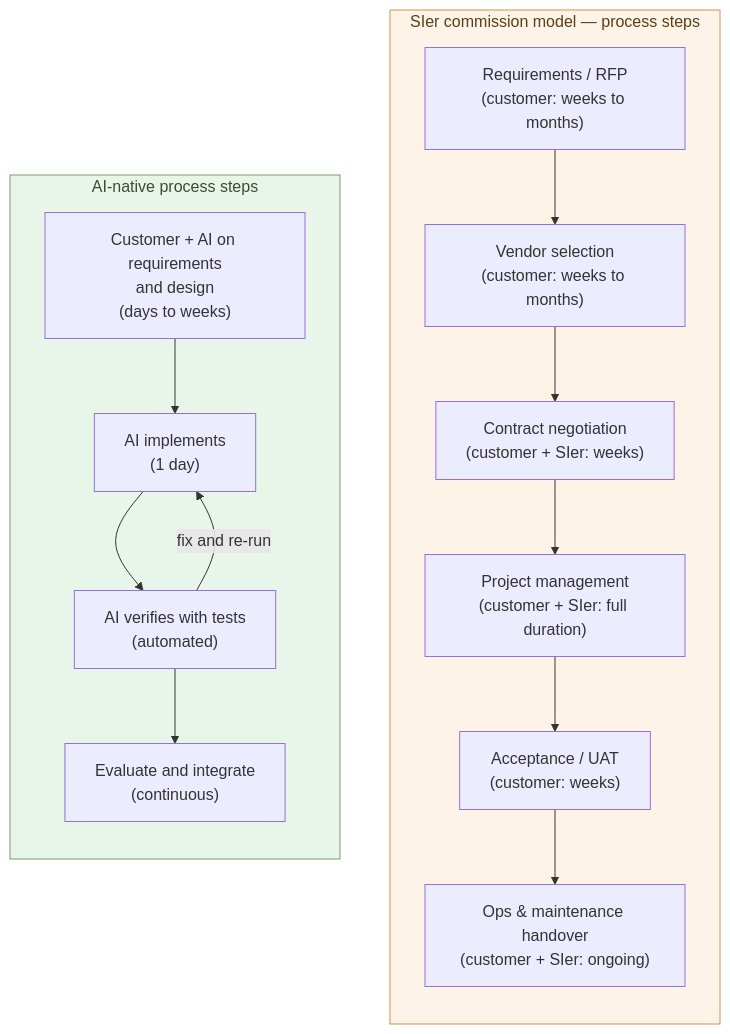
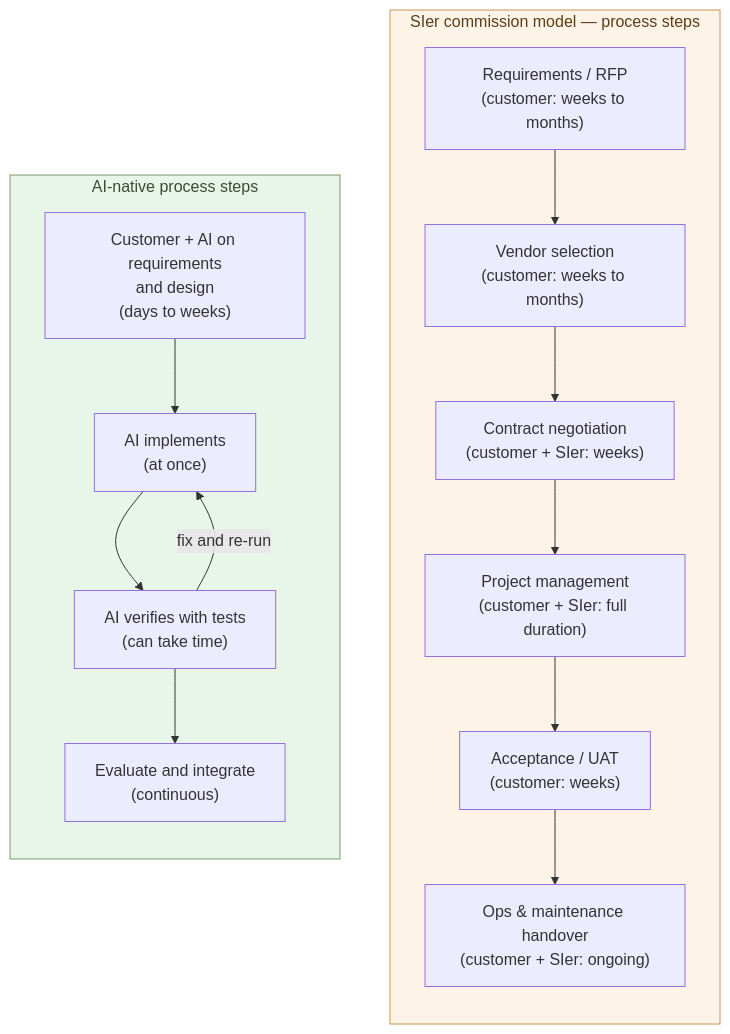
Before and after one commit to aiseed-dev/website: the diagram in articles/ai-native-ways/software/18-sier-uneconomic/en.md, drawn with Mermaid. The commit also changed other lines of this file and 1 other file, not shown here.

First line of the commit message:
software 3-03: implementation is instant, testing is the time sink

````diff
--- a/articles/ai-native-ways/software/18-sier-uneconomic/en.md
+++ b/articles/ai-native-ways/software/18-sier-uneconomic/en.md
@@ -92,28 +94,28 @@
 ```mermaid
 flowchart TB
   subgraph Sier["SIer commission model — process steps"]
     direction TB
     S1["Requirements / RFP<br/>(customer: weeks to months)"]
     S2["Vendor selection<br/>(customer: weeks to months)"]
     S3["Contract negotiation<br/>(customer + SIer: weeks)"]
     S4["Project management<br/>(customer + SIer: full duration)"]
     S5["Acceptance / UAT<br/>(customer: weeks)"]
     S6["Ops & maintenance handover<br/>(customer + SIer: ongoing)"]
     S1 --> S2 --> S3 --> S4 --> S5 --> S6
   end
 
   subgraph AI["AI-native process steps"]
     direction TB
     A1["Customer + AI on requirements<br/>and design<br/>(days to weeks)"]
-    A2["AI implements<br/>(1 day)"]
-    A3["AI verifies with tests<br/>(automated)"]
+    A2["AI implements<br/>(at once)"]
+    A3["AI verifies with tests<br/>(can take time)"]
     A4["Evaluate and integrate<br/>(continuous)"]
     A1 --> A2 --> A3 --> A4
     A3 -->|fix and re-run| A2
   end
 
   classDef good fill:#e8f5e9,stroke:#7a9a6d,color:#3a4d34
   classDef bad fill:#fef3e7,stroke:#c89559,color:#5a3f1a
   class AI good
   class Sier bad
 ```
````
